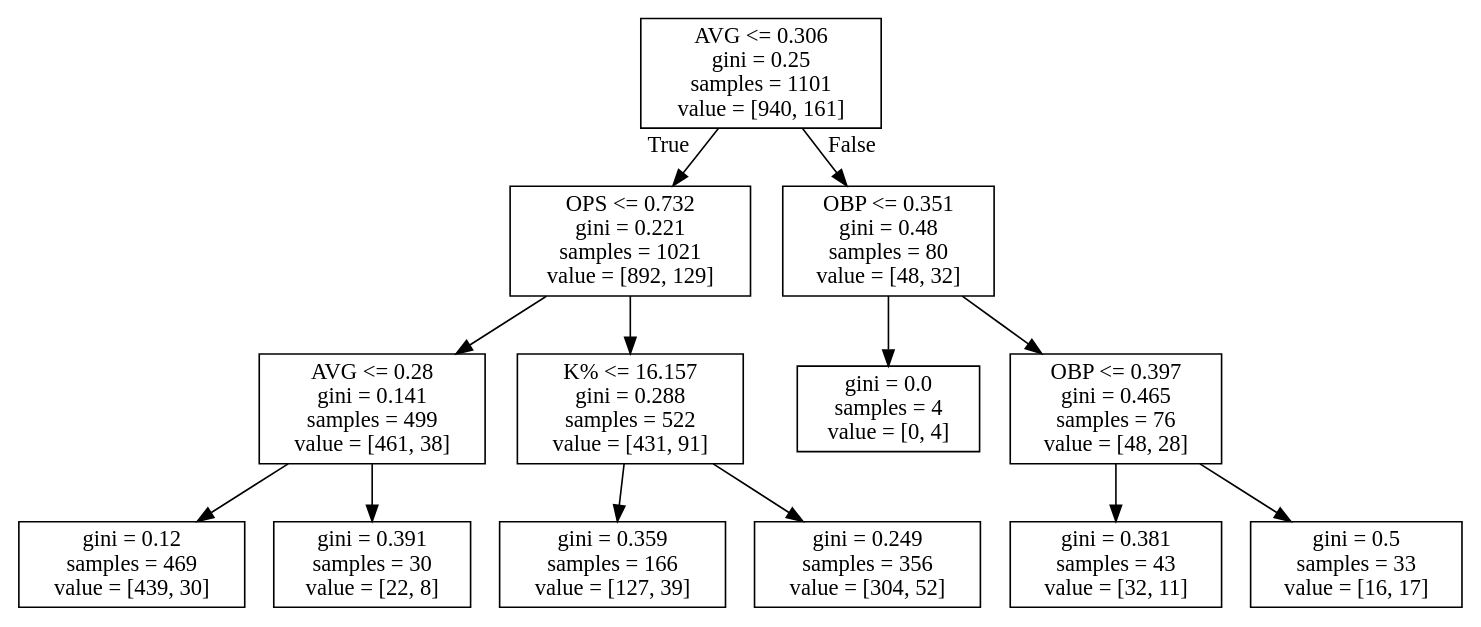
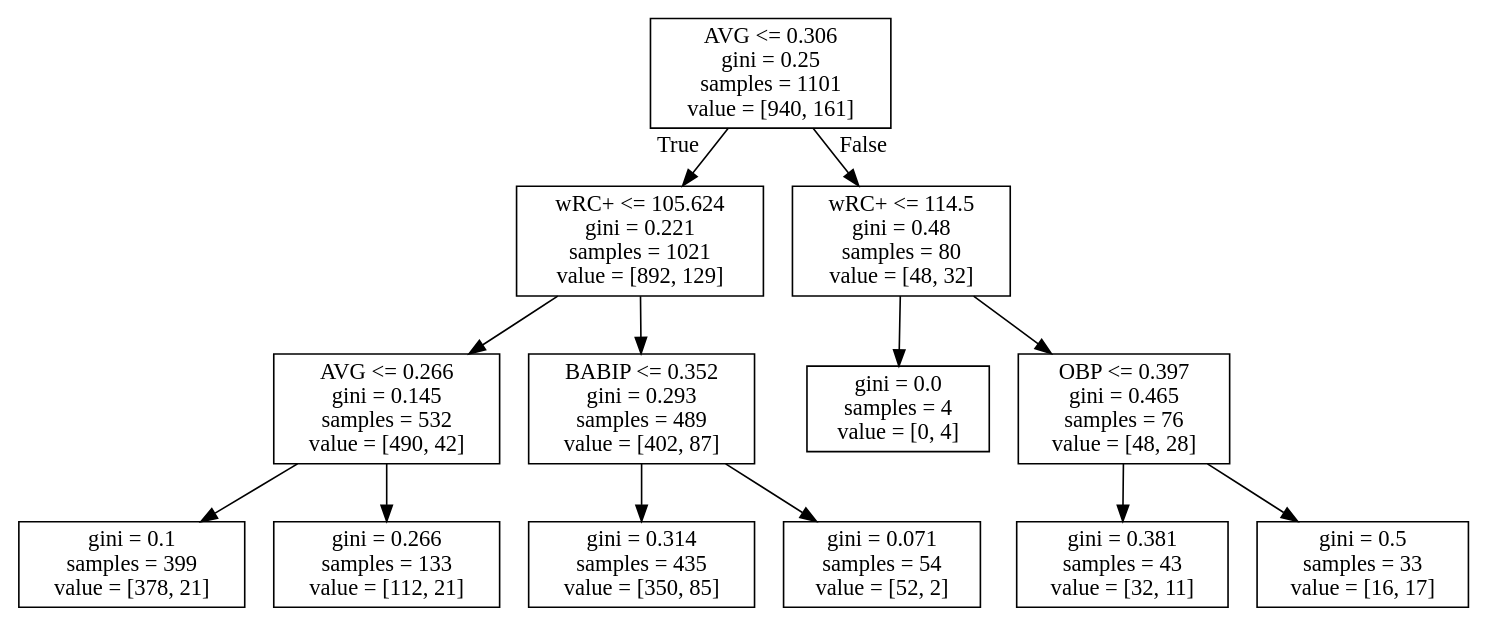
One commit to alexbrizius/ds_project changed the diagram in AA_results/AA_gini.dot. Above: the diagram before and after it, drawn with Graphviz. The commit also changed 32 other files, not shown here.

Commit message:
1.) Added BABIP, wRC+ columns to data analysis 2.) Added SVM 3.) Improved graph generation

```diff
--- a/AA_results/AA_gini.dot
+++ b/AA_results/AA_gini.dot
@@ -1,28 +1,28 @@
 digraph Tree {
 node [shape=box] ;
 0 [label="AVG <= 0.306\ngini = 0.25\nsamples = 1101\nvalue = [940, 161]"] ;
-1 [label="OPS <= 0.732\ngini = 0.221\nsamples = 1021\nvalue = [892, 129]"] ;
+1 [label="wRC+ <= 105.624\ngini = 0.221\nsamples = 1021\nvalue = [892, 129]"] ;
 0 -> 1 [labeldistance=2.5, labelangle=45, headlabel="True"] ;
-2 [label="AVG <= 0.28\ngini = 0.141\nsamples = 499\nvalue = [461, 38]"] ;
+2 [label="AVG <= 0.266\ngini = 0.145\nsamples = 532\nvalue = [490, 42]"] ;
 1 -> 2 ;
-3 [label="gini = 0.12\nsamples = 469\nvalue = [439, 30]"] ;
+3 [label="gini = 0.1\nsamples = 399\nvalue = [378, 21]"] ;
 2 -> 3 ;
-4 [label="gini = 0.391\nsamples = 30\nvalue = [22, 8]"] ;
+4 [label="gini = 0.266\nsamples = 133\nvalue = [112, 21]"] ;
 2 -> 4 ;
-5 [label="K% <= 16.157\ngini = 0.288\nsamples = 522\nvalue = [431, 91]"] ;
+5 [label="BABIP <= 0.352\ngini = 0.293\nsamples = 489\nvalue = [402, 87]"] ;
 1 -> 5 ;
-6 [label="gini = 0.359\nsamples = 166\nvalue = [127, 39]"] ;
+6 [label="gini = 0.314\nsamples = 435\nvalue = [350, 85]"] ;
 5 -> 6 ;
-7 [label="gini = 0.249\nsamples = 356\nvalue = [304, 52]"] ;
+7 [label="gini = 0.071\nsamples = 54\nvalue = [52, 2]"] ;
 5 -> 7 ;
-8 [label="OBP <= 0.351\ngini = 0.48\nsamples = 80\nvalue = [48, 32]"] ;
+8 [label="wRC+ <= 114.5\ngini = 0.48\nsamples = 80\nvalue = [48, 32]"] ;
 0 -> 8 [labeldistance=2.5, labelangle=-45, headlabel="False"] ;
 9 [label="gini = 0.0\nsamples = 4\nvalue = [0, 4]"] ;
 8 -> 9 ;
 10 [label="OBP <= 0.397\ngini = 0.465\nsamples = 76\nvalue = [48, 28]"] ;
 8 -> 10 ;
 11 [label="gini = 0.381\nsamples = 43\nvalue = [32, 11]"] ;
 10 -> 11 ;
 12 [label="gini = 0.5\nsamples = 33\nvalue = [16, 17]"] ;
 10 -> 12 ;
 }
```
